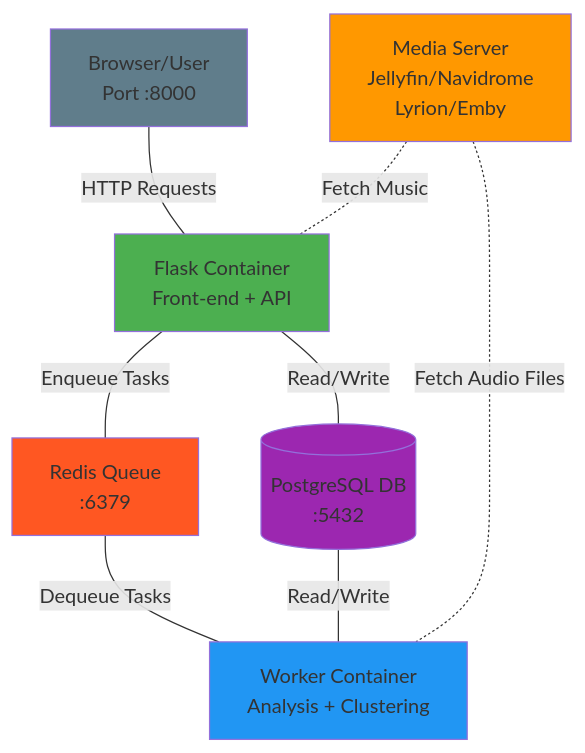
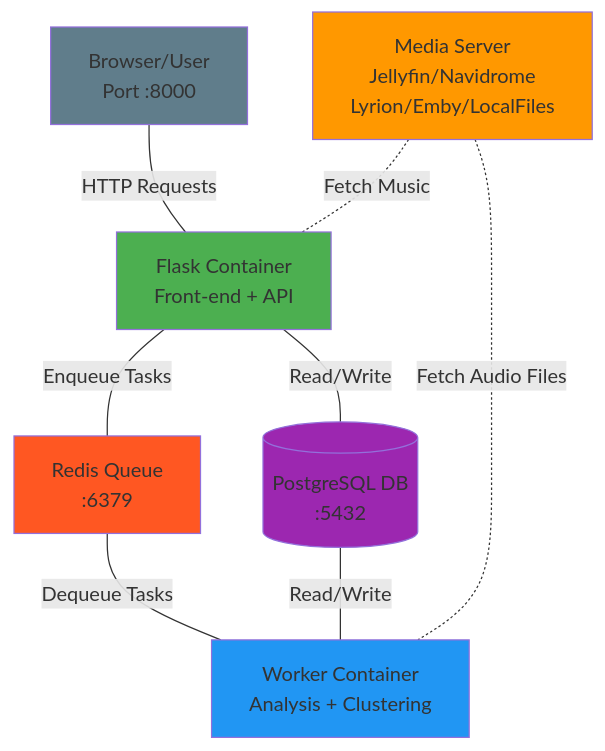
One commit to NeptuneHub/AudioMuse-AI changed the diagram in docs/ARCHITECTURE.md. Above: the diagram before and after it, drawn with Mermaid. The commit also changed other lines of this file and 8 other files, not shown here.

````diff
--- a/docs/ARCHITECTURE.md
+++ b/docs/ARCHITECTURE.md
@@ -9,20 +9,20 @@
 ```mermaid
 graph TB
     User[Browser/User<br/>Port :8000] ---|HTTP Requests| Flask[Flask Container<br/>Front-end + API]
     
     Flask ---|Enqueue Tasks| Redis[Redis Queue<br/>:6379]
     Flask ---|Read/Write| PostgreSQL[(PostgreSQL DB<br/>:5432)]
     
     Redis ---|Dequeue Tasks| Worker[Worker Container<br/>Analysis + Clustering]
     PostgreSQL ---|Read/Write| Worker
     
-    MediaServer[Media Server<br/>Jellyfin/Navidrome<br/>Lyrion/Emby] -.-|Fetch Music| Flask
+    MediaServer[Media Server<br/>Jellyfin/Navidrome<br/>Lyrion/Emby/LocalFiles] -.-|Fetch Music| Flask
     MediaServer -.-|Fetch Audio Files| Worker
     
     style User fill:#607D8B
     style Flask fill:#4CAF50
     style Redis fill:#FF5722
     style PostgreSQL fill:#9C27B0
     style Worker fill:#2196F3
     style MediaServer fill:#FF9800
 ```
````
